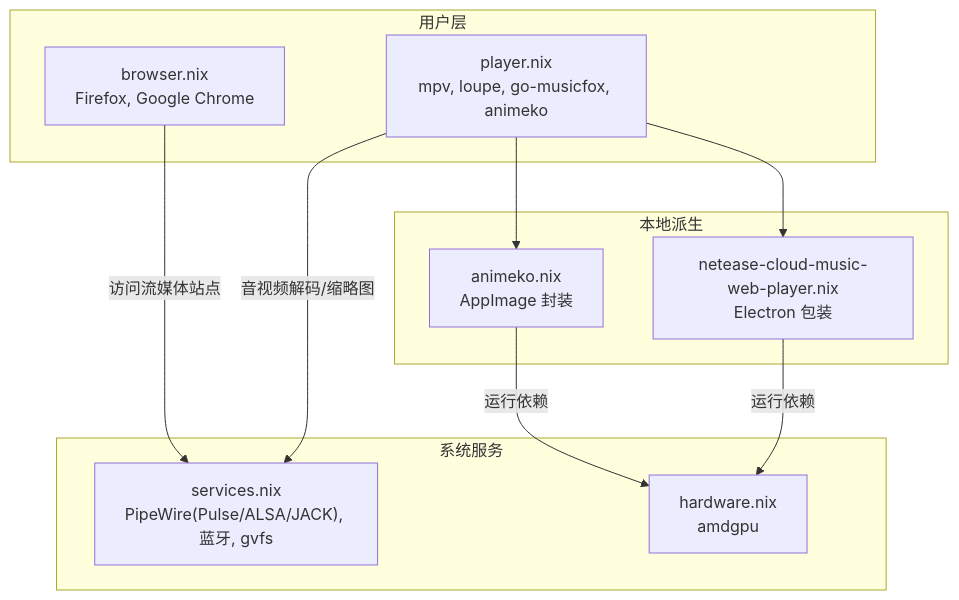
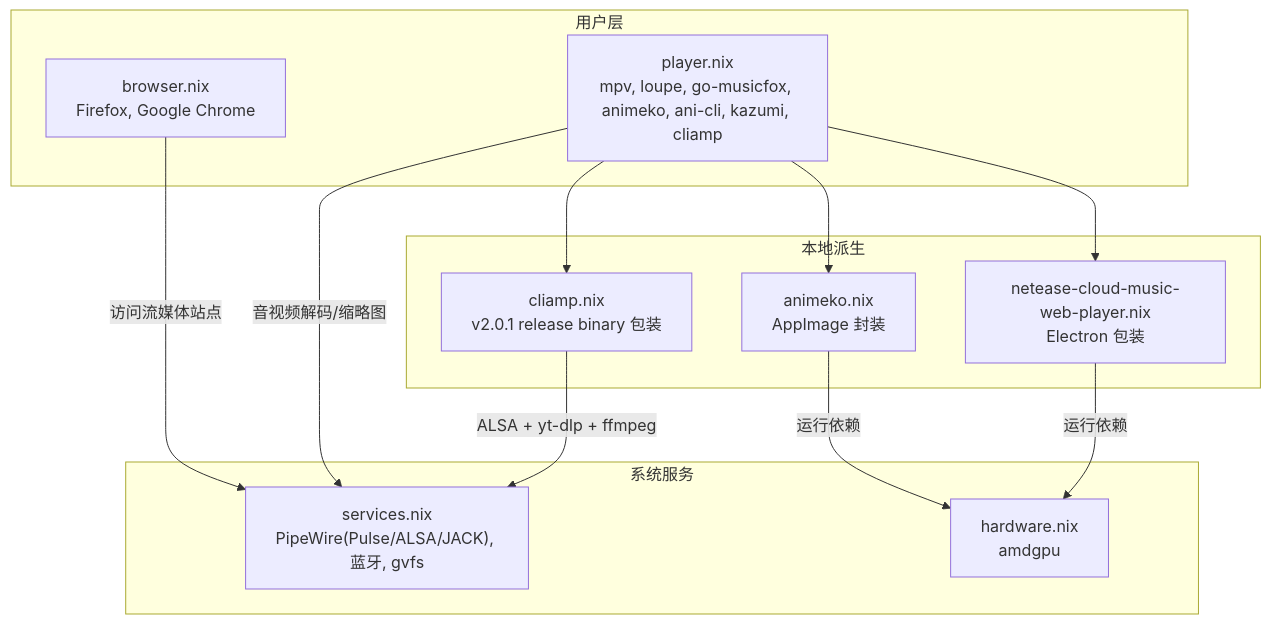
One commit to Shangshui0302/myNixOSConfig changed the diagram in wiki/leisure/media.md. Above: the diagram before and after it, drawn with Mermaid. The commit also changed other lines of this file and 19 other files, not shown here.

````diff
--- a/wiki/leisure/media.md
+++ b/wiki/leisure/media.md
@@ -14,21 +14,24 @@
 ```mermaid
 graph TB
 subgraph "用户层"
-P["player.nix<br/>mpv, loupe, go-musicfox, animeko"]
+P["player.nix<br/>mpv, loupe, go-musicfox, animeko, ani-cli, kazumi, cliamp"]
 B["browser.nix<br/>Firefox, Google Chrome"]
 end
 subgraph "本地派生"
 A["animeko.nix<br/>AppImage 封装"]
 N["netease-cloud-music-web-player.nix<br/>Electron 包装"]
+C["cliamp.nix<br/>v2.0.1 release binary 包装"]
 end
 subgraph "系统服务"
 S["services.nix<br/>PipeWire(Pulse/ALSA/JACK), 蓝牙, gvfs"]
 H["hardware.nix<br/>amdgpu"]
 end
 P --> A
 P --> N
+P --> C
 B --> |"访问流媒体站点"| S
 P --> |"音视频解码/缩略图"| S
 A --> |"运行依赖"| H
 N --> |"运行依赖"| H
+C --> |"ALSA + yt-dlp + ffmpeg"| S
 ```
````
